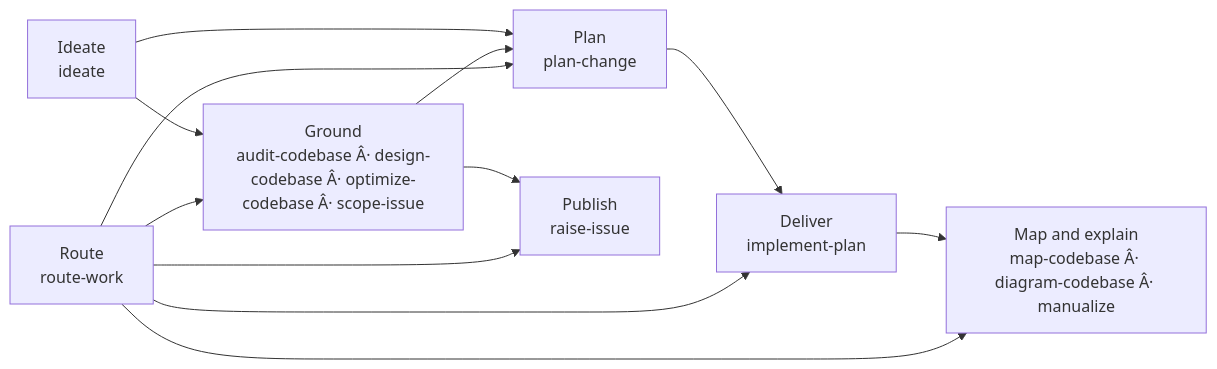
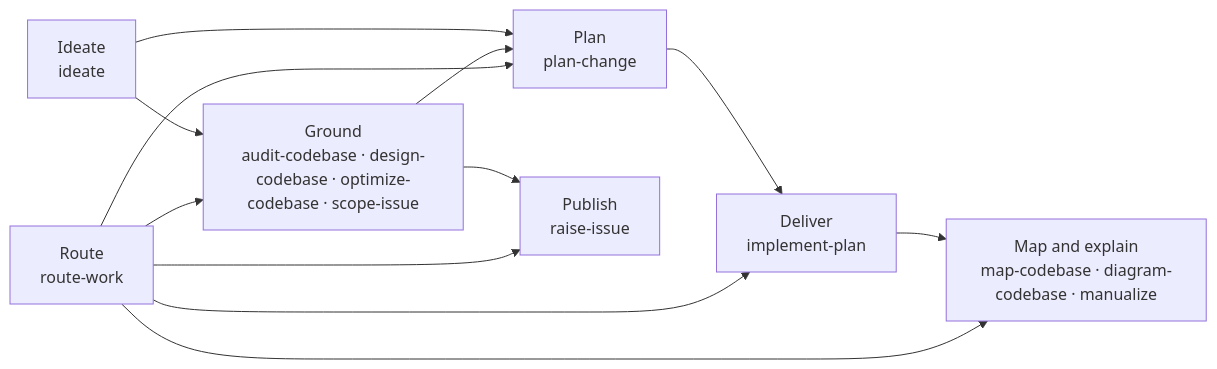
One commit to akshay-diwadkar/skills changed the diagram in README.md. Above: the diagram before and after it, drawn with Mermaid. The commit also changed other lines of this file and 39 other files, not shown here.

Commit message:
scope-issue 5.0.0: repair contract-v2 definitions per review (#208)

````diff
--- a/README.md
+++ b/README.md
@@ -62,20 +62,20 @@
 ```mermaid
 flowchart LR
     R["Route<br/>route-work"]
-    A["Ground<br/>audit-codebase Â· design-codebase Â· optimize-codebase Â· scope-issue"]
+    A["Ground<br/>audit-codebase · design-codebase · optimize-codebase · scope-issue"]
     B["Plan<br/>plan-change"]
     C["Deliver<br/>implement-plan"]
-    D["Map and explain<br/>map-codebase Â· diagram-codebase Â· manualize"]
+    D["Map and explain<br/>map-codebase · diagram-codebase · manualize"]
     P["Publish<br/>raise-issue"]
     I["Ideate<br/>ideate"]
 
     R --> A
     R --> B
     R --> C
     R --> D
     R --> P
     A --> B --> C --> D
     A --> P
     I --> A
     I --> B
 ```
````
